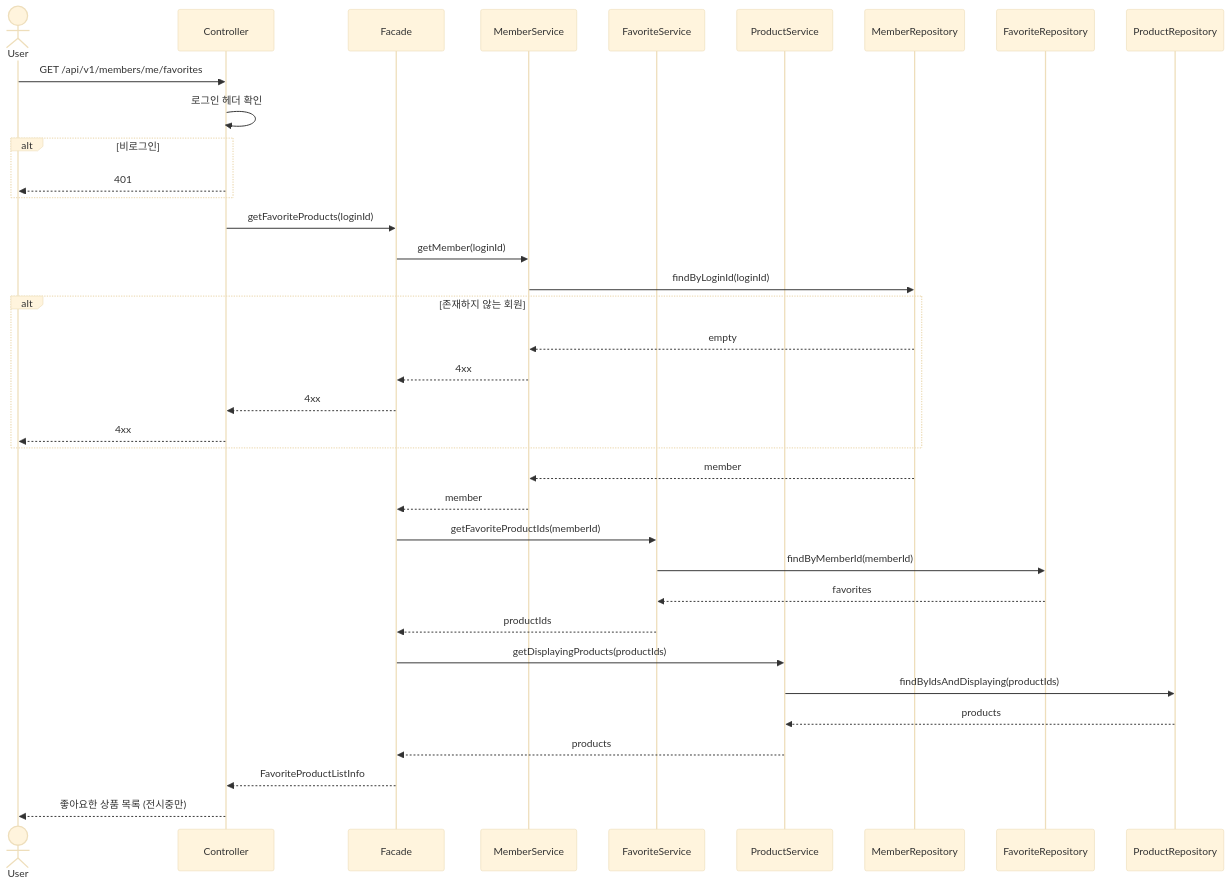
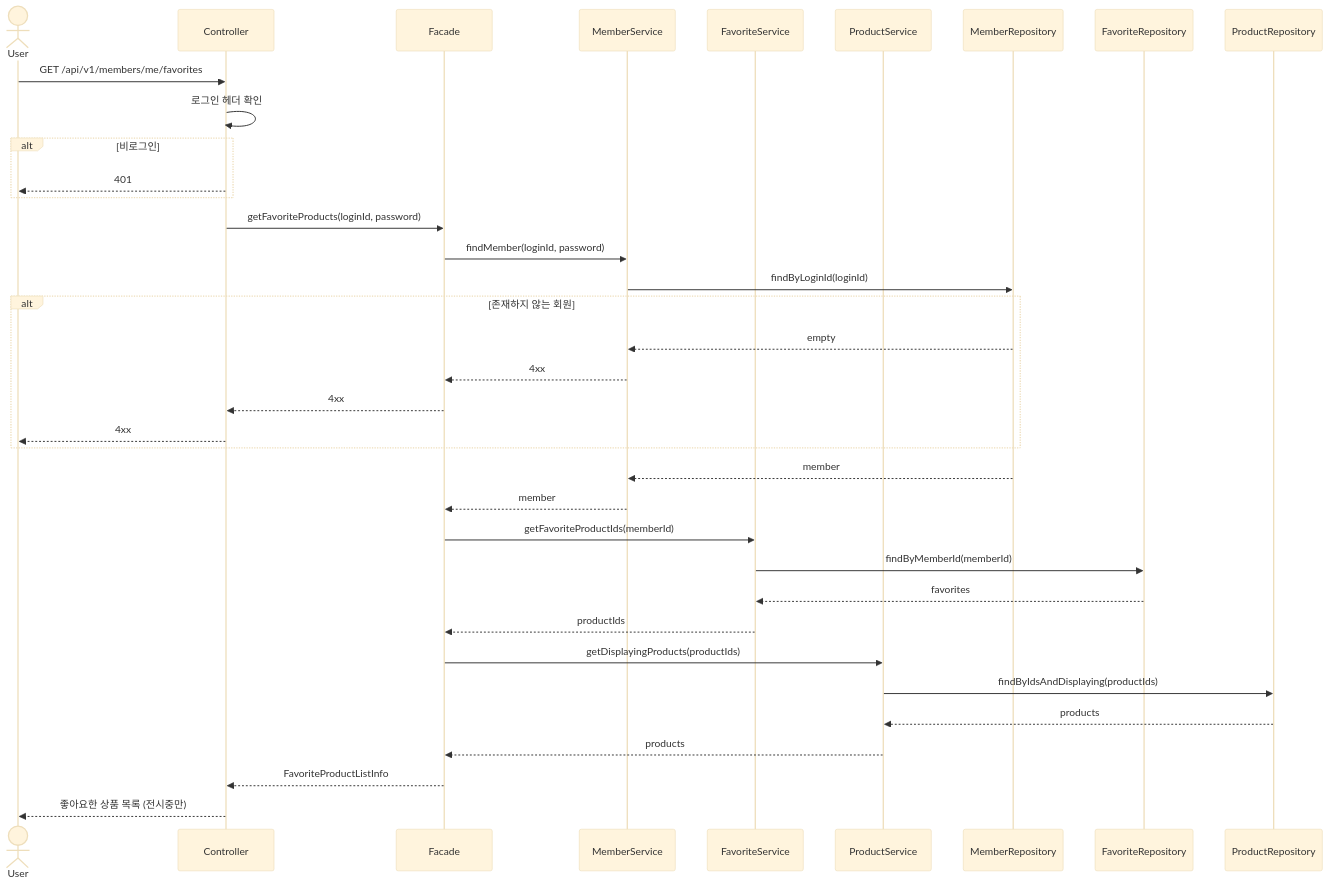
The sixth of 21 diagrams in docs/design/02-sequence-diagrams.md (Loopers-dev-lab/loop-pack-be-l2-vol3-java), drawn with Mermaid (base theme) before and after one commit. The commit also changed other lines of this file and 2 other files, not shown here.

````diff
--- a/docs/design/02-sequence-diagrams.md
+++ b/docs/design/02-sequence-diagrams.md
@@ -355,45 +355,45 @@
 ```mermaid
 sequenceDiagram
     actor User
     participant Controller
     participant Facade
     participant MemberService
     participant FavoriteService
     participant ProductService
     participant MemberRepository
     participant FavoriteRepository
     participant ProductRepository
 
     User->>Controller: GET /api/v1/members/me/favorites
     Controller->>Controller: 로그인 헤더 확인
 
     alt 비로그인
         Controller-->>User: 401
     end
 
-    Controller->>Facade: getFavoriteProducts(loginId)
+    Controller->>Facade: getFavoriteProducts(loginId, password)
 
-    Facade->>MemberService: getMember(loginId)
+    Facade->>MemberService: findMember(loginId, password)
     MemberService->>MemberRepository: findByLoginId(loginId)
     alt 존재하지 않는 회원
         MemberRepository-->>MemberService: empty
         MemberService-->>Facade: 4xx
         Facade-->>Controller: 4xx
         Controller-->>User: 4xx
     end
     MemberRepository-->>MemberService: member
     MemberService-->>Facade: member
 
     Facade->>FavoriteService: getFavoriteProductIds(memberId)
     FavoriteService->>FavoriteRepository: findByMemberId(memberId)
     FavoriteRepository-->>FavoriteService: favorites
     FavoriteService-->>Facade: productIds
 
     Facade->>ProductService: getDisplayingProducts(productIds)
     ProductService->>ProductRepository: findByIdsAndDisplaying(productIds)
     ProductRepository-->>ProductService: products
     ProductService-->>Facade: products
 
     Facade-->>Controller: FavoriteProductListInfo
     Controller-->>User: 좋아요한 상품 목록 (전시중만)
 ```
````
